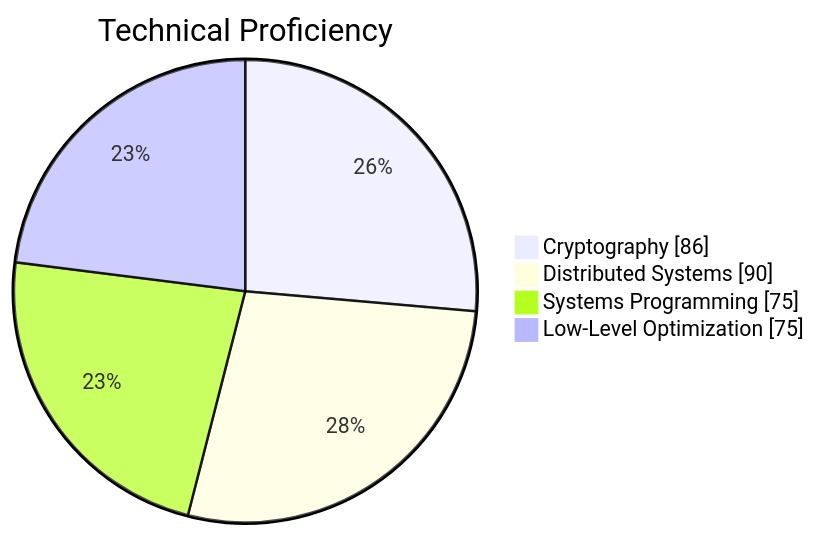
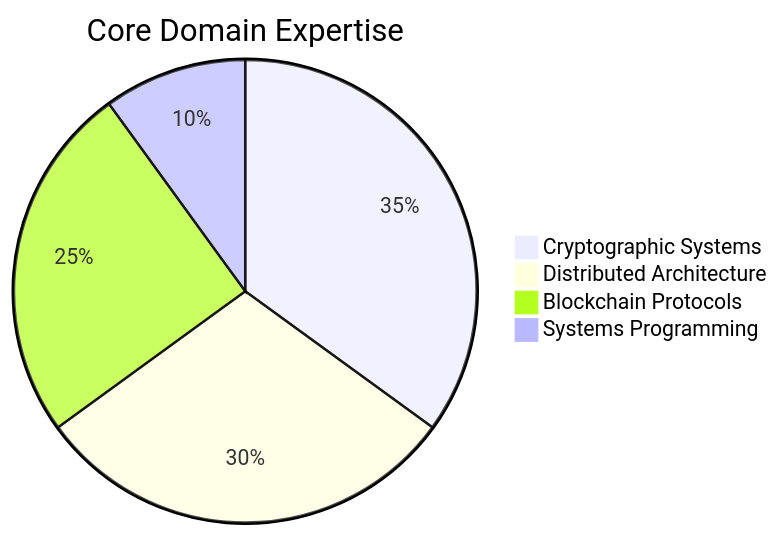
The diagram in README.md (arec1b0/arec1b0), drawn with Mermaid before and after one commit. The commit also changed other lines of this file, not shown here.

````diff
--- a/README.md
+++ b/README.md
@@ -55,8 +85,8 @@
 ```mermaid
-pie showData
-    title Technical Proficiency
-    "Cryptography" : 86
-    "Distributed Systems" : 90
-    "Systems Programming" : 75
-    "Low-Level Optimization" : 75
+pie
+    title Core Domain Expertise
+    "Cryptographic Systems" : 35
+    "Distributed Architecture" : 30
+    "Blockchain Protocols" : 25
+    "Systems Programming" : 10
 ```
````
